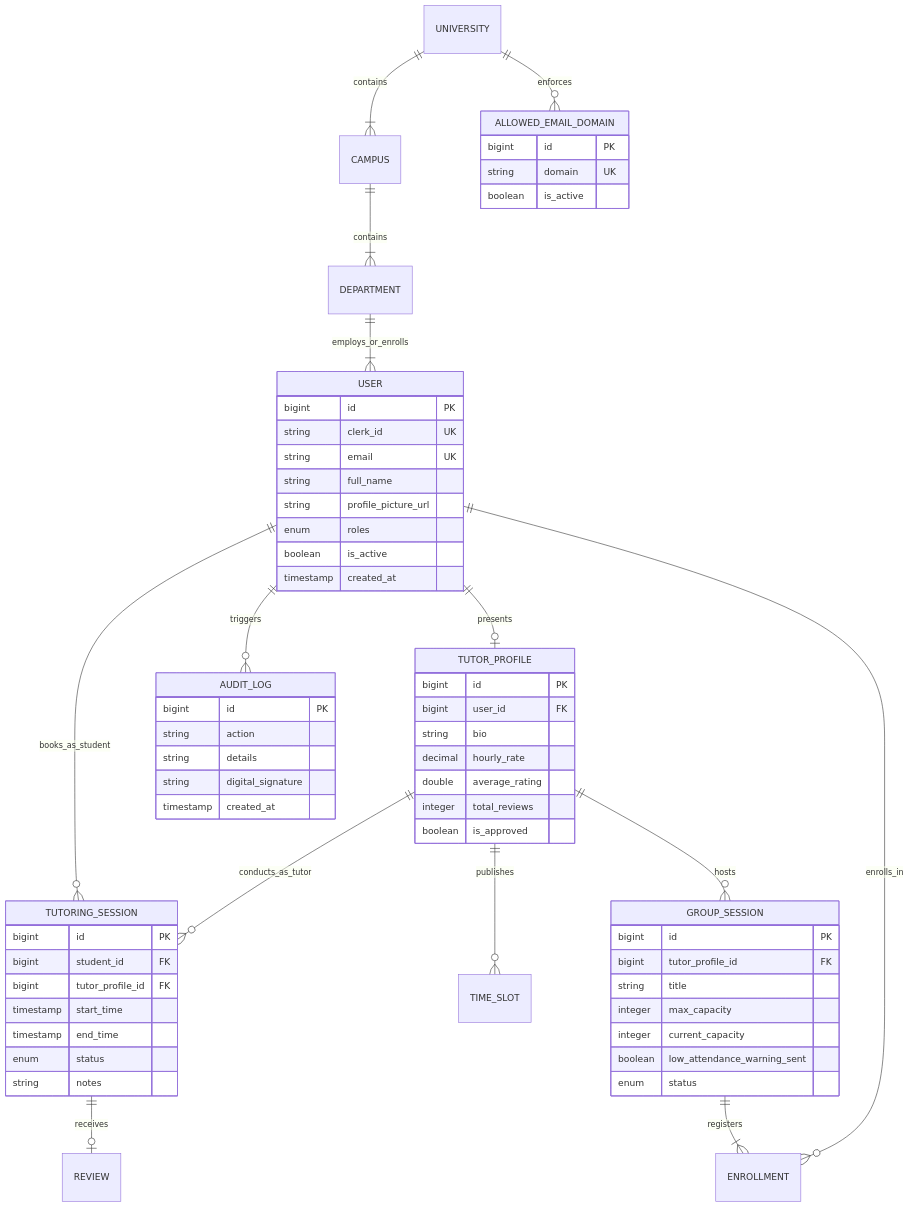
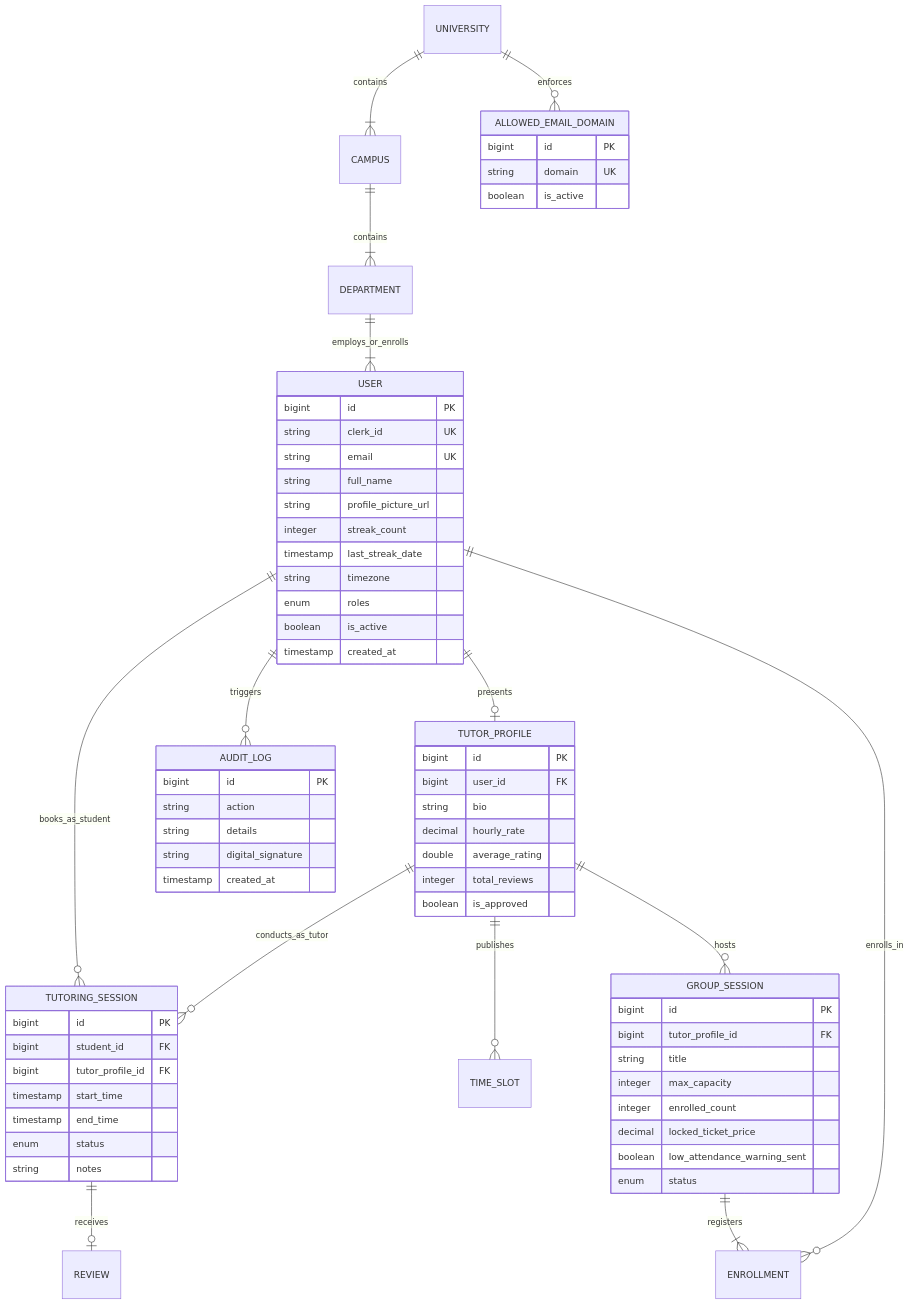
One commit to daikendy/Eruscent-Architecture changed the second of 2 diagrams in README.md. Above: the diagram before and after it, drawn with Mermaid. The commit also changed other lines of this file, not shown here.

````diff
--- a/README.md
+++ b/README.md
@@ -256,71 +357,75 @@
 ```mermaid
 erDiagram
     UNIVERSITY ||--|{ CAMPUS : contains
     CAMPUS ||--|{ DEPARTMENT : contains
     DEPARTMENT ||--|{ USER : employs_or_enrolls
     USER ||--o| TUTOR_PROFILE : presents
     USER ||--o{ TUTORING_SESSION : books_as_student
     TUTOR_PROFILE ||--o{ TUTORING_SESSION : conducts_as_tutor
     TUTOR_PROFILE ||--o{ TIME_SLOT : publishes
     TUTOR_PROFILE ||--o{ GROUP_SESSION : hosts
     GROUP_SESSION ||--|{ ENROLLMENT : registers
     USER ||--o{ ENROLLMENT : enrolls_in
     TUTORING_SESSION ||--o| REVIEW : receives
     USER ||--o{ AUDIT_LOG : triggers
     UNIVERSITY ||--o{ ALLOWED_EMAIL_DOMAIN : enforces
 
     USER {
         bigint id PK
         string clerk_id UK
         string email UK
         string full_name
         string profile_picture_url
+        integer streak_count
+        timestamp last_streak_date
+        string timezone
         enum roles
         boolean is_active
         timestamp created_at
     }
 
     TUTOR_PROFILE {
         bigint id PK
         bigint user_id FK
         string bio
         decimal hourly_rate
         double average_rating
         integer total_reviews
         boolean is_approved
     }
 
     TUTORING_SESSION {
         bigint id PK
         bigint student_id FK
         bigint tutor_profile_id FK
         timestamp start_time
         timestamp end_time
         enum status
         string notes
     }
 
     GROUP_SESSION {
         bigint id PK
         bigint tutor_profile_id FK
         string title
         integer max_capacity
-        integer current_capacity
+        integer enrolled_count
+        decimal locked_ticket_price
         boolean low_attendance_warning_sent
         enum status
     }
 
     AUDIT_LOG {
         bigint id PK
         string action
         string details
         string digital_signature
         timestamp created_at
     }
 
     ALLOWED_EMAIL_DOMAIN {
         bigint id PK
         string domain UK
         boolean is_active
     }
 ```
````
